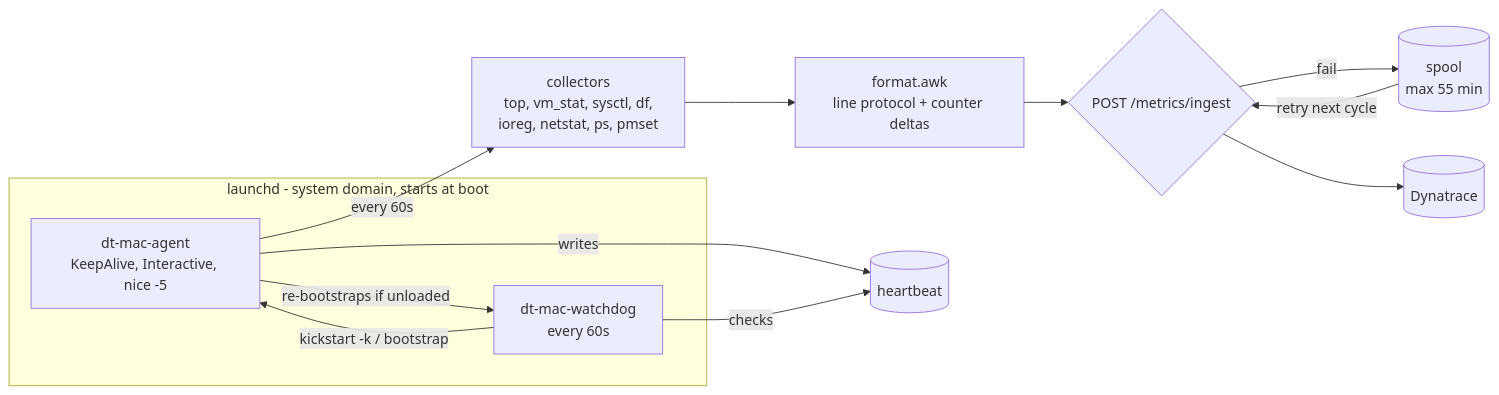
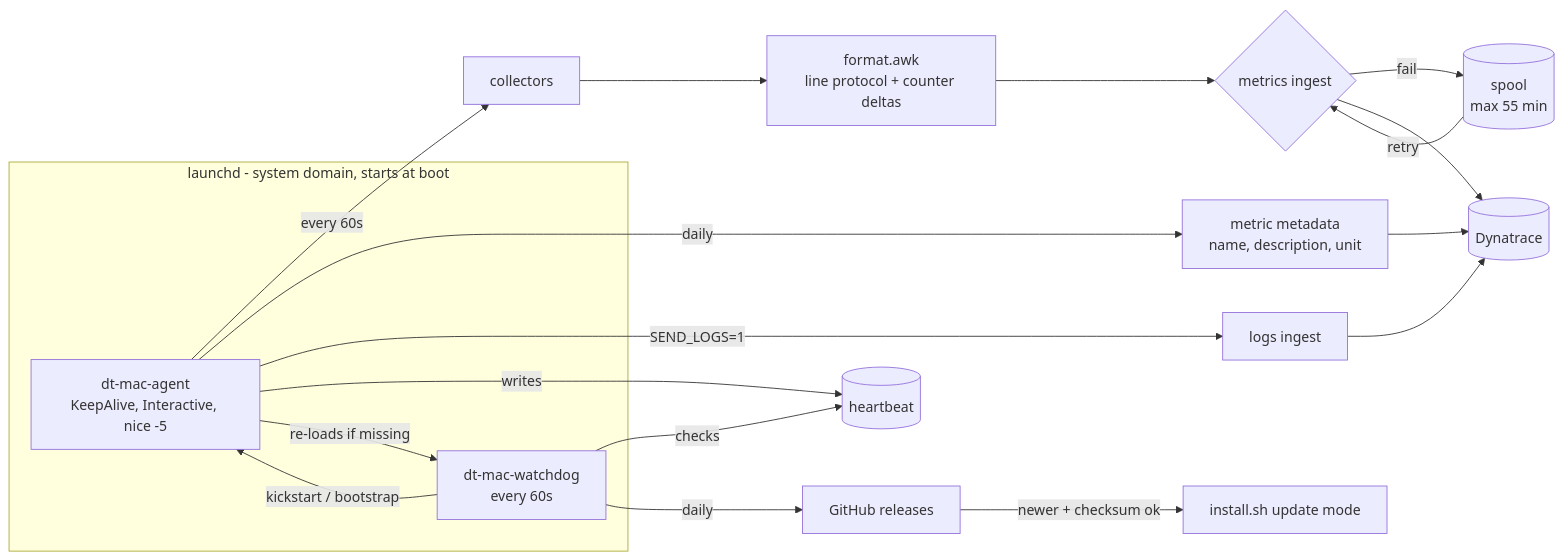
Before and after one commit to theharithsa/dt-mac-agent: the diagram in README.md, drawn with Mermaid. The commit also changed other lines of this file and 15 other files, not shown here.

Commit message:
v0.1.0: metric metadata, process grouping, auto-update, log shipping, install location

````diff
--- a/README.md
+++ b/README.md
@@ -91,17 +113,20 @@
 ```mermaid
 flowchart LR
     subgraph launchd [launchd - system domain, starts at boot]
         A[dt-mac-agent<br/>KeepAlive, Interactive, nice -5]
         W[dt-mac-watchdog<br/>every 60s]
     end
-    A -- every 60s --> C[collectors<br/>top, vm_stat, sysctl, df,<br/>ioreg, netstat, ps, pmset]
+    A -- every 60s --> C[collectors]
     C --> F[format.awk<br/>line protocol + counter deltas]
-    F --> S{POST /metrics/ingest}
+    F --> S{metrics ingest}
     S -- fail --> SP[(spool<br/>max 55 min)]
-    SP -- retry next cycle --> S
+    SP -- retry --> S
     S --> DT[(Dynatrace)]
+    A -- daily --> M[metric metadata<br/>name, description, unit] --> DT
+    A -- SEND_LOGS=1 --> L[logs ingest] --> DT
     A -- writes --> HB[(heartbeat)]
     W -- checks --> HB
-    W -- kickstart -k / bootstrap --> A
-    A -- re-bootstraps if unloaded --> W
+    W -- kickstart / bootstrap --> A
+    A -- re-loads if missing --> W
+    W -- daily --> GH[GitHub releases] -- newer + checksum ok --> I[install.sh update mode]
 ```
````
